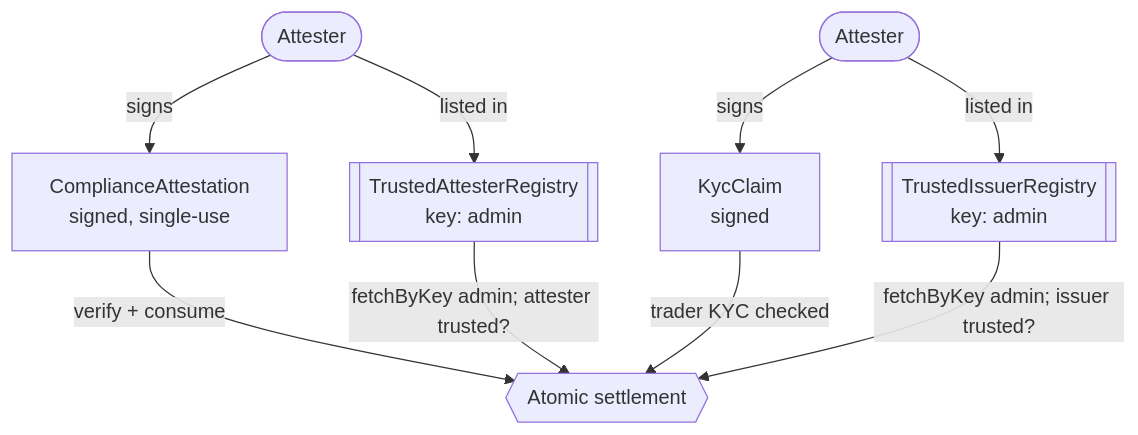
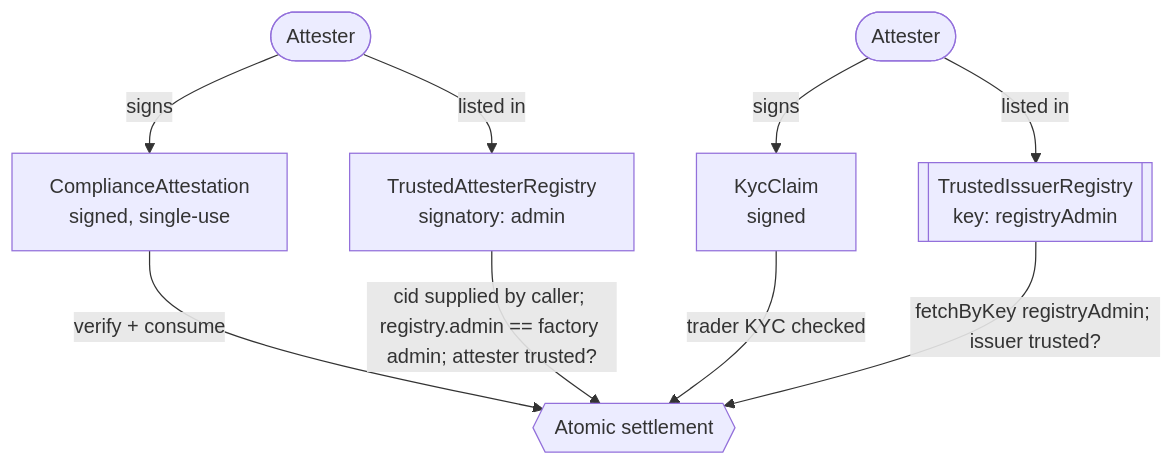
The first of 5 diagrams in docs/ri-reports/01-dex.md (OpenZeppelin/canton-specs), drawn with Mermaid before and after one commit. The commit also changed other lines of this file and 1 other file, not shown here.

Commit message:
C14: fix key claims (no template declares a key; maintainers must be signatories) and show the attester registry as a caller-supplied cid validated by admin-match

````diff
--- a/docs/ri-reports/01-dex.md
+++ b/docs/ri-reports/01-dex.md
@@ -241,19 +257,19 @@
 ```mermaid
 flowchart TD
     Attester1([Attester])
     Attester2([Attester])
-    AttReg[["TrustedAttesterRegistry<br/>key: admin"]]
-    IssReg[["TrustedIssuerRegistry<br/>key: admin"]]
+    AttReg["TrustedAttesterRegistry<br/>signatory: admin"]
+    IssReg[["TrustedIssuerRegistry<br/>key: registryAdmin"]]
     Attn["ComplianceAttestation<br/>signed, single-use"]
     Kyc["KycClaim<br/>signed"]
     Settle{{Atomic settlement}}
 
     Attester1 -->|"listed in"| AttReg
     Attester2 -->|"listed in"| IssReg
     Attester1 -->|"signs"| Attn
     Attester2 -->|"signs"| Kyc
     Attn -->|"verify + consume"| Settle
-    AttReg -->|"fetchByKey admin; attester trusted?"| Settle
+    AttReg -->|"cid supplied by caller; registry.admin == factory admin; attester trusted?"| Settle
     Kyc -->|"trader KYC checked"| Settle
-    IssReg -->|"fetchByKey admin; issuer trusted?"| Settle
+    IssReg -->|"fetchByKey registryAdmin; issuer trusted?"| Settle
 ```
````
